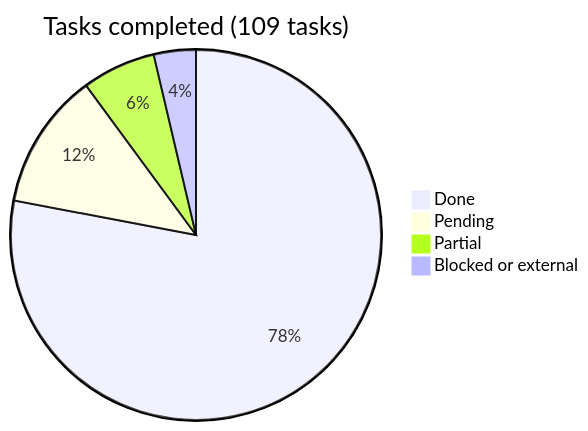
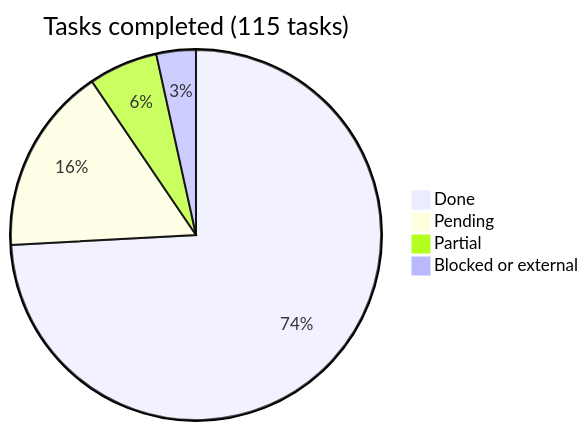
One commit to araguaney-lat/araguaney-app changed the diagram in docs/roadmap/README.md. Above: the diagram before and after it, drawn with Mermaid. The commit also changed other lines of this file and 8 other files, not shown here.

````diff
--- a/docs/roadmap/README.md
+++ b/docs/roadmap/README.md
@@ -16,7 +16,7 @@
 ```mermaid
-pie title Tasks completed (109 tasks)
-    "Done" : 85
-    "Pending" : 13
+pie title Tasks completed (115 tasks)
+    "Done" : 86
+    "Pending" : 19
     "Partial" : 7
     "Blocked or external" : 4
 ```
````
